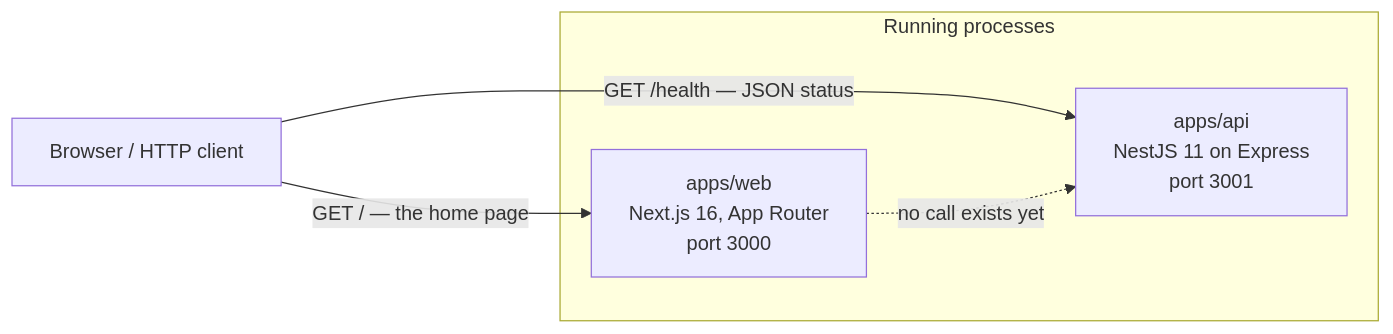
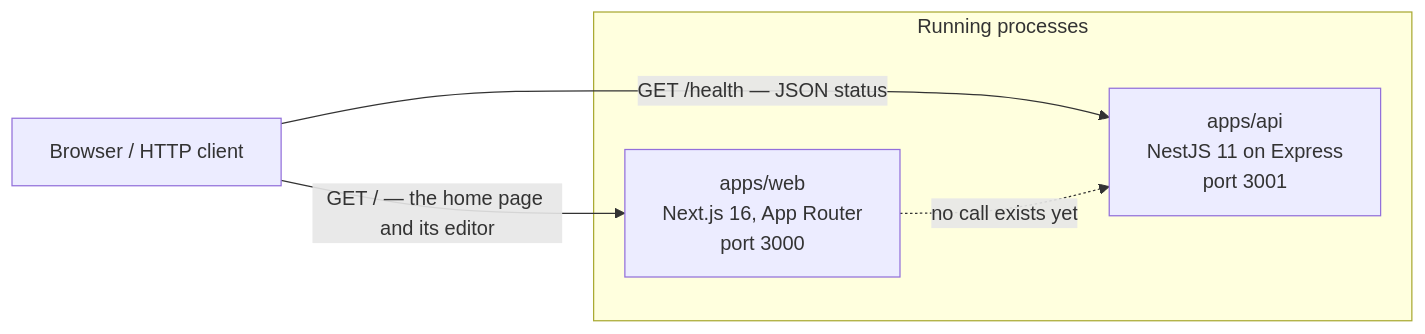
Before and after one commit to Youssef-Boussabah/DevSync: the first of 2 diagrams in docs/architecture.md, drawn with Mermaid. The commit also changed other lines of this file and 17 other files, not shown here.

````diff
--- a/docs/architecture.md
+++ b/docs/architecture.md
@@ -28,13 +29,13 @@
 ```mermaid
 flowchart LR
     client["Browser / HTTP client"]
 
     subgraph running["Running processes"]
         web["apps/web<br/>Next.js 16, App Router<br/>port 3000"]
         api["apps/api<br/>NestJS 11 on Express<br/>port 3001"]
     end
 
-    client -->|"GET / — the home page"| web
+    client -->|"GET / — the home page and its editor"| web
     client -->|"GET /health — JSON status"| api
     web -.->|"no call exists yet"| api
 ```
````
